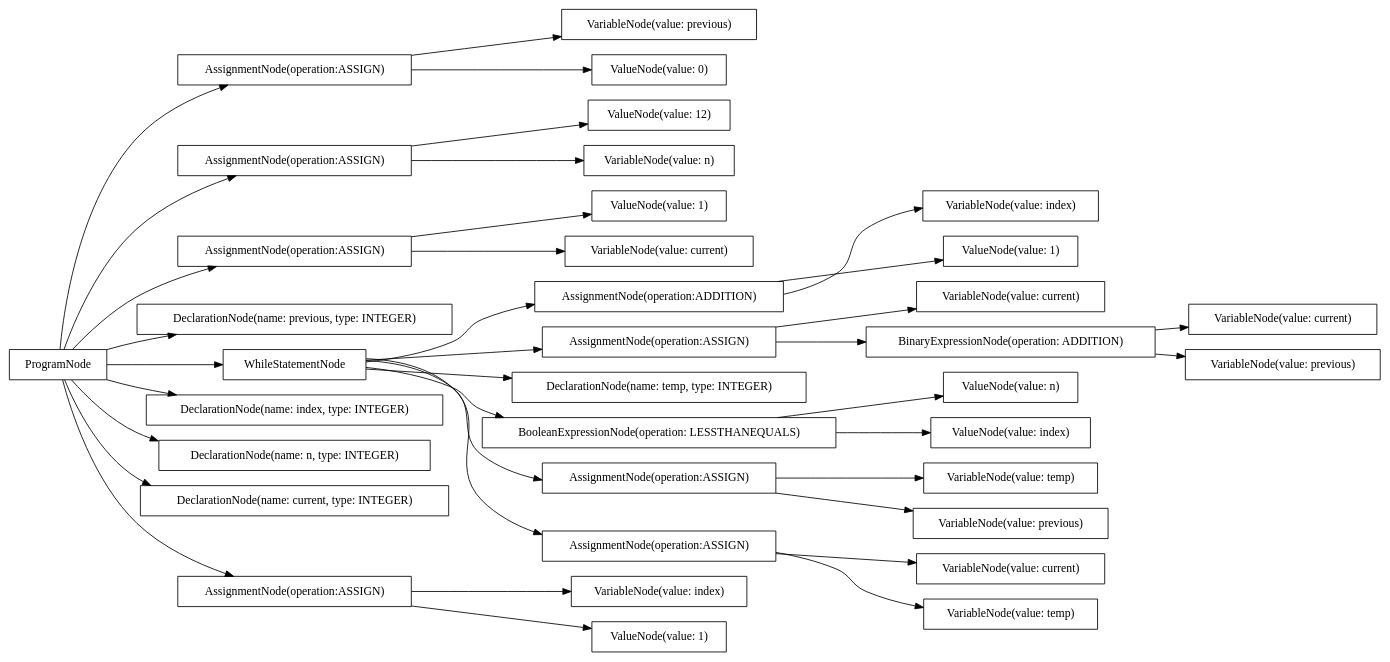
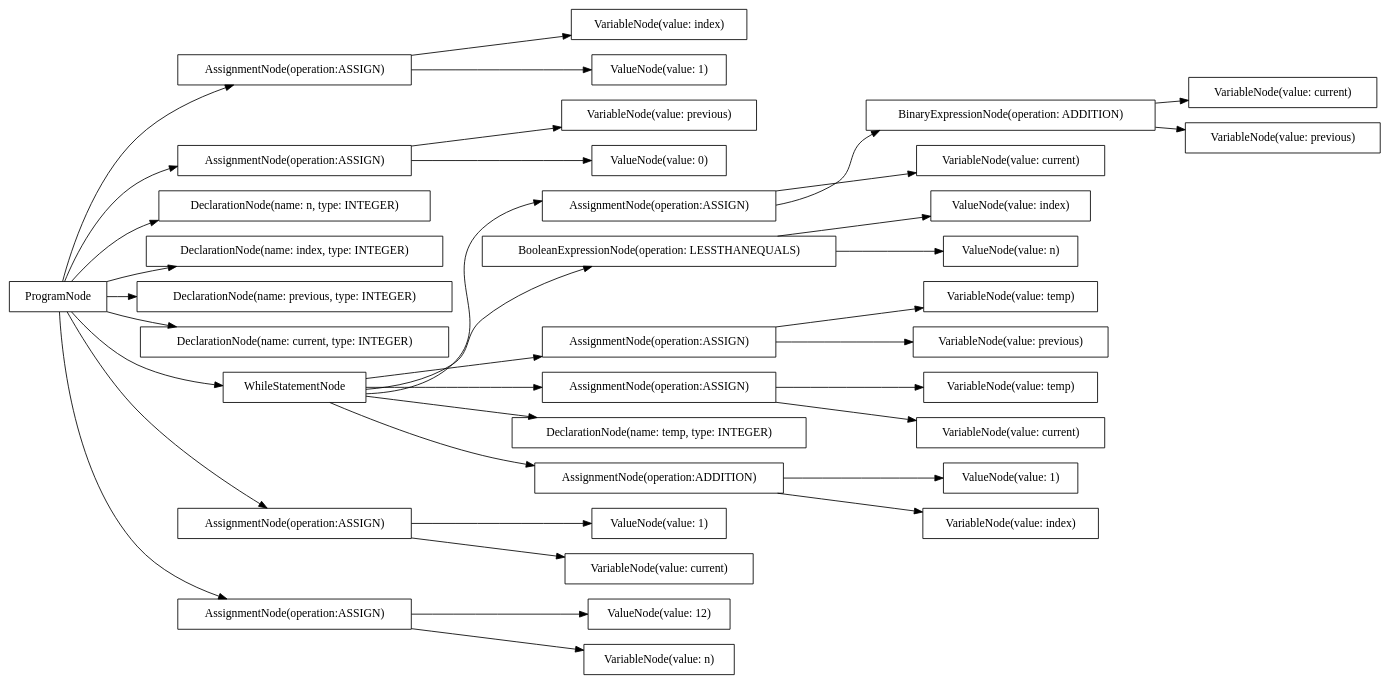
One commit to AtLeastITry/ANTLR-Python-Compiler changed the diagram in src/output/dot/fibonacci.dot. Above: the diagram before and after it, drawn with Graphviz. The commit also changed 8 other files, not shown here.

```diff
--- a/src/output/dot/fibonacci.dot
+++ b/src/output/dot/fibonacci.dot
@@ -1,74 +1,74 @@
 digraph G {
 rankdir=LR
-"7dfbcddd-16cb-4cfa-903f-55d43979b203" [label="VariableNode(value: previous)" shape="box"];
-"359c7981-6319-473c-9ead-aef8f6ef1644" [label="VariableNode(value: temp)" shape="box"];
-"7672ed64-2153-4352-9968-bea205f3d9a4" [label="AssignmentNode(operation:ASSIGN)" shape="box"];
-"00359bba-8438-441f-8409-813af7228e75" [label="ValueNode(value: 1)" shape="box"];
-"05642250-0f88-4624-9d39-76a19b033193" [label="ProgramNode" shape="box"];
-"932922ff-14ec-4f4d-9258-a8b91acda08b" [label="VariableNode(value: current)" shape="box"];
-"a11c48e8-87ef-4abb-a108-20c1d3f5a0cd" [label="AssignmentNode(operation:ASSIGN)" shape="box"];
-"d2adb590-d02f-4f6f-b4a4-8959df9dc50c" [label="VariableNode(value: current)" shape="box"];
-"bc29c00f-bdf1-4211-9431-d5556c9e3f2f" [label="AssignmentNode(operation:ASSIGN)" shape="box"];
-"f3ca3e54-20b7-4751-9565-49e71ba3d38a" [label="AssignmentNode(operation:ADDITION)" shape="box"];
-"42c4020c-f9f4-49b1-89d8-953d2876eeca" [label="ValueNode(value: 0)" shape="box"];
-"0e1d6a95-fa49-4f38-9fa4-760ce6bbfa3d" [label="VariableNode(value: current)" shape="box"];
-"55c0a246-d33e-4b6d-99bb-b15cc4a72b4d" [label="AssignmentNode(operation:ASSIGN)" shape="box"];
-"68cbda44-115a-4ad0-9394-009e7931e0e1" [label="VariableNode(value: previous)" shape="box"];
-"8bdd1479-88bc-46a7-9775-f74d61e26144" [label="ValueNode(value: 12)" shape="box"];
-"4e13bdef-8e23-4cfd-8260-4930e84db7dc" [label="DeclarationNode(name: temp, type: INTEGER)" shape="box"];
-"5588b967-cdb2-4a0e-843b-6df0919dff61" [label="VariableNode(value: temp)" shape="box"];
-"8e91b99f-f4a6-4238-a341-48f3cab1b175" [label="VariableNode(value: n)" shape="box"];
-"a2e3778d-88c6-4272-b1cf-d45e6667104a" [label="BooleanExpressionNode(operation: LESSTHANEQUALS)" shape="box"];
-"50face5e-b4d4-4499-98d7-b01976e710a6" [label="VariableNode(value: current)" shape="box"];
-"8f415d39-2a50-4771-b552-1a90f59827eb" [label="DeclarationNode(name: previous, type: INTEGER)" shape="box"];
-"42de253b-1fa7-4be7-82e4-c882e55ca2b5" [label="VariableNode(value: index)" shape="box"];
-"d465ccc0-41e7-44e9-bb42-25f3d4f7c487" [label="ValueNode(value: 1)" shape="box"];
-"9dafaff5-56f2-47cd-869a-71d76092f2d1" [label="VariableNode(value: index)" shape="box"];
-"63519c69-b303-4803-839e-0c3b9cac095a" [label="WhileStatementNode" shape="box"];
-"e9517cd2-2dee-48de-8876-a6da7b9798e4" [label="ValueNode(value: n)" shape="box"];
-"29371ea2-1d31-471e-9803-5ba41da4de94" [label="DeclarationNode(name: index, type: INTEGER)" shape="box"];
-"54c7ab00-826c-4275-8673-baecae6410ca" [label="ValueNode(value: 1)" shape="box"];
-"1c5d8586-dbd3-4b36-90cf-efa83aab3ac3" [label="DeclarationNode(name: n, type: INTEGER)" shape="box"];
-"f8681e66-9649-4025-ad70-6a013b27cd85" [label="AssignmentNode(operation:ASSIGN)" shape="box"];
-"883c406c-4672-44fe-9a7c-a5df1a90c55c" [label="BinaryExpressionNode(operation: ADDITION)" shape="box"];
-"e24f5a08-426d-4f86-adac-6a28cab389ae" [label="DeclarationNode(name: current, type: INTEGER)" shape="box"];
-"54be3eec-98c1-49bf-a542-b5b21b158fff" [label="AssignmentNode(operation:ASSIGN)" shape="box"];
-"eeaa6b7d-beea-445d-8cfd-9d85e2958e74" [label="ValueNode(value: index)" shape="box"];
-"b2a13a31-e8b9-4467-b42c-caed389bc66e" [label="AssignmentNode(operation:ASSIGN)" shape="box"];
-"78e77fa2-da31-4c89-a799-63b015cff9a4" [label="VariableNode(value: previous)" shape="box"];
-"05642250-0f88-4624-9d39-76a19b033193" -> "1c5d8586-dbd3-4b36-90cf-efa83aab3ac3";
-"05642250-0f88-4624-9d39-76a19b033193" -> "8f415d39-2a50-4771-b552-1a90f59827eb";
-"05642250-0f88-4624-9d39-76a19b033193" -> "e24f5a08-426d-4f86-adac-6a28cab389ae";
-"05642250-0f88-4624-9d39-76a19b033193" -> "29371ea2-1d31-471e-9803-5ba41da4de94";
-"05642250-0f88-4624-9d39-76a19b033193" -> "a11c48e8-87ef-4abb-a108-20c1d3f5a0cd";
-"a11c48e8-87ef-4abb-a108-20c1d3f5a0cd" -> "8e91b99f-f4a6-4238-a341-48f3cab1b175";
-"a11c48e8-87ef-4abb-a108-20c1d3f5a0cd" -> "8bdd1479-88bc-46a7-9775-f74d61e26144";
-"05642250-0f88-4624-9d39-76a19b033193" -> "7672ed64-2153-4352-9968-bea205f3d9a4";
-"7672ed64-2153-4352-9968-bea205f3d9a4" -> "7dfbcddd-16cb-4cfa-903f-55d43979b203";
-"7672ed64-2153-4352-9968-bea205f3d9a4" -> "42c4020c-f9f4-49b1-89d8-953d2876eeca";
-"05642250-0f88-4624-9d39-76a19b033193" -> "bc29c00f-bdf1-4211-9431-d5556c9e3f2f";
-"bc29c00f-bdf1-4211-9431-d5556c9e3f2f" -> "932922ff-14ec-4f4d-9258-a8b91acda08b";
-"bc29c00f-bdf1-4211-9431-d5556c9e3f2f" -> "00359bba-8438-441f-8409-813af7228e75";
-"05642250-0f88-4624-9d39-76a19b033193" -> "54be3eec-98c1-49bf-a542-b5b21b158fff";
-"54be3eec-98c1-49bf-a542-b5b21b158fff" -> "9dafaff5-56f2-47cd-869a-71d76092f2d1";
-"54be3eec-98c1-49bf-a542-b5b21b158fff" -> "54c7ab00-826c-4275-8673-baecae6410ca";
-"05642250-0f88-4624-9d39-76a19b033193" -> "63519c69-b303-4803-839e-0c3b9cac095a";
-"63519c69-b303-4803-839e-0c3b9cac095a" -> "a2e3778d-88c6-4272-b1cf-d45e6667104a";
-"a2e3778d-88c6-4272-b1cf-d45e6667104a" -> "eeaa6b7d-beea-445d-8cfd-9d85e2958e74";
-"a2e3778d-88c6-4272-b1cf-d45e6667104a" -> "e9517cd2-2dee-48de-8876-a6da7b9798e4";
-"63519c69-b303-4803-839e-0c3b9cac095a" -> "4e13bdef-8e23-4cfd-8260-4930e84db7dc";
-"63519c69-b303-4803-839e-0c3b9cac095a" -> "b2a13a31-e8b9-4467-b42c-caed389bc66e";
-"b2a13a31-e8b9-4467-b42c-caed389bc66e" -> "5588b967-cdb2-4a0e-843b-6df0919dff61";
-"b2a13a31-e8b9-4467-b42c-caed389bc66e" -> "0e1d6a95-fa49-4f38-9fa4-760ce6bbfa3d";
-"63519c69-b303-4803-839e-0c3b9cac095a" -> "55c0a246-d33e-4b6d-99bb-b15cc4a72b4d";
-"55c0a246-d33e-4b6d-99bb-b15cc4a72b4d" -> "50face5e-b4d4-4499-98d7-b01976e710a6";
-"55c0a246-d33e-4b6d-99bb-b15cc4a72b4d" -> "883c406c-4672-44fe-9a7c-a5df1a90c55c";
-"883c406c-4672-44fe-9a7c-a5df1a90c55c" -> "d2adb590-d02f-4f6f-b4a4-8959df9dc50c";
-"883c406c-4672-44fe-9a7c-a5df1a90c55c" -> "78e77fa2-da31-4c89-a799-63b015cff9a4";
-"63519c69-b303-4803-839e-0c3b9cac095a" -> "f8681e66-9649-4025-ad70-6a013b27cd85";
-"f8681e66-9649-4025-ad70-6a013b27cd85" -> "68cbda44-115a-4ad0-9394-009e7931e0e1";
-"f8681e66-9649-4025-ad70-6a013b27cd85" -> "359c7981-6319-473c-9ead-aef8f6ef1644";
-"63519c69-b303-4803-839e-0c3b9cac095a" -> "f3ca3e54-20b7-4751-9565-49e71ba3d38a";
-"f3ca3e54-20b7-4751-9565-49e71ba3d38a" -> "42de253b-1fa7-4be7-82e4-c882e55ca2b5";
-"f3ca3e54-20b7-4751-9565-49e71ba3d38a" -> "d465ccc0-41e7-44e9-bb42-25f3d4f7c487";
+"ed0bdabf-4a3b-40b1-9f46-9cdf4b4b71ea" [label="AssignmentNode(operation:ASSIGN)" shape="box"];
+"9a68f8ac-e03d-4023-858a-9a0608e27933" [label="AssignmentNode(operation:ASSIGN)" shape="box"];
+"eba9c87e-1795-4ef1-a3d2-5f6e4996bc90" [label="ValueNode(value: 12)" shape="box"];
+"b18f68dd-15c7-4686-9b27-762e67d3f0c4" [label="AssignmentNode(operation:ASSIGN)" shape="box"];
+"4fd3a96b-9a9a-43fc-afd0-6d6b898d4ca5" [label="BinaryExpressionNode(operation: ADDITION)" shape="box"];
+"2489ea5e-d49f-4e9a-885e-cbebd649ee23" [label="VariableNode(value: temp)" shape="box"];
+"5fa3d0e2-6030-4573-9255-f22fba417f36" [label="VariableNode(value: n)" shape="box"];
+"b358237d-c3a6-4688-81a8-626b86ef54f6" [label="DeclarationNode(name: n, type: INTEGER)" shape="box"];
+"a1b0c1db-4e80-4afc-a9cb-6155258b6593" [label="VariableNode(value: current)" shape="box"];
+"cd1db488-d8ed-47ff-aed8-3db11c5b2926" [label="DeclarationNode(name: index, type: INTEGER)" shape="box"];
+"9465580c-4cf6-4d3f-880d-14ec63ab0a7f" [label="BooleanExpressionNode(operation: LESSTHANEQUALS)" shape="box"];
+"e0597e5c-1879-4d3a-ac5a-04736df1a24b" [label="ValueNode(value: 1)" shape="box"];
+"e72258a1-2b71-4f8f-b511-b2bcf605f682" [label="AssignmentNode(operation:ASSIGN)" shape="box"];
+"b4026ae5-aa3a-46fe-9616-b5ff51002917" [label="DeclarationNode(name: previous, type: INTEGER)" shape="box"];
+"3f95283b-fc9d-42c3-9a5a-3dddc47f2f95" [label="AssignmentNode(operation:ASSIGN)" shape="box"];
+"6c5ab97f-df6c-41ad-b6b9-dff59c9002e7" [label="VariableNode(value: temp)" shape="box"];
+"5025729e-2ea3-4cb2-8a60-2dfb41d804c9" [label="DeclarationNode(name: current, type: INTEGER)" shape="box"];
+"28a4cae4-7cd4-4b31-828e-4d6b26b5f415" [label="ValueNode(value: 1)" shape="box"];
+"b88d76c0-ee75-49c6-a161-18e3f23f3a61" [label="VariableNode(value: previous)" shape="box"];
+"8c5c30c4-4076-4289-a5f3-b32f5278bd20" [label="ProgramNode" shape="box"];
+"89e0d1a2-8975-413e-a38b-721eeb7dce07" [label="VariableNode(value: index)" shape="box"];
+"3b866185-36f2-4b19-a684-188fdd760173" [label="ValueNode(value: index)" shape="box"];
+"ed5551bb-e0d2-4228-8a20-df4bf61a560d" [label="WhileStatementNode" shape="box"];
+"0b3ebfcb-d4d4-4b56-bb3a-87a018c4f083" [label="VariableNode(value: previous)" shape="box"];
+"854ffa00-ed86-4d34-b6ba-e6bd2a8d159d" [label="ValueNode(value: n)" shape="box"];
+"016b694e-098a-4497-a181-a8a887be4843" [label="VariableNode(value: previous)" shape="box"];
+"8831fcab-7e59-4f2f-bd93-59850bb31324" [label="ValueNode(value: 0)" shape="box"];
+"4db3532d-1d75-4b06-af4b-afd36acd2cd6" [label="DeclarationNode(name: temp, type: INTEGER)" shape="box"];
+"c416c50a-b6af-4cd8-85eb-1825d53286e5" [label="ValueNode(value: 1)" shape="box"];
+"49c86fc1-243b-46ee-ac61-aa99fd5cc54b" [label="VariableNode(value: current)" shape="box"];
+"c457b9d8-e1d2-4ba8-8468-ea7c5fc7b0d3" [label="AssignmentNode(operation:ASSIGN)" shape="box"];
+"4177b497-d2ae-4280-9c33-5daf204b8f2f" [label="AssignmentNode(operation:ASSIGN)" shape="box"];
+"907cab94-48a4-452a-9d57-663899d46465" [label="VariableNode(value: current)" shape="box"];
+"81c052b6-d936-4cd0-93b1-bd1439b3e13f" [label="VariableNode(value: index)" shape="box"];
+"1121e428-96d1-4da6-a18d-05161346b3d9" [label="AssignmentNode(operation:ADDITION)" shape="box"];
+"b6729a29-e2bd-46bd-953b-7b149fc313ca" [label="VariableNode(value: current)" shape="box"];
+"8c5c30c4-4076-4289-a5f3-b32f5278bd20" -> "b358237d-c3a6-4688-81a8-626b86ef54f6";
+"8c5c30c4-4076-4289-a5f3-b32f5278bd20" -> "b4026ae5-aa3a-46fe-9616-b5ff51002917";
+"8c5c30c4-4076-4289-a5f3-b32f5278bd20" -> "5025729e-2ea3-4cb2-8a60-2dfb41d804c9";
+"8c5c30c4-4076-4289-a5f3-b32f5278bd20" -> "cd1db488-d8ed-47ff-aed8-3db11c5b2926";
+"8c5c30c4-4076-4289-a5f3-b32f5278bd20" -> "4177b497-d2ae-4280-9c33-5daf204b8f2f";
+"4177b497-d2ae-4280-9c33-5daf204b8f2f" -> "5fa3d0e2-6030-4573-9255-f22fba417f36";
+"4177b497-d2ae-4280-9c33-5daf204b8f2f" -> "eba9c87e-1795-4ef1-a3d2-5f6e4996bc90";
+"8c5c30c4-4076-4289-a5f3-b32f5278bd20" -> "b18f68dd-15c7-4686-9b27-762e67d3f0c4";
+"b18f68dd-15c7-4686-9b27-762e67d3f0c4" -> "0b3ebfcb-d4d4-4b56-bb3a-87a018c4f083";
+"b18f68dd-15c7-4686-9b27-762e67d3f0c4" -> "8831fcab-7e59-4f2f-bd93-59850bb31324";
+"8c5c30c4-4076-4289-a5f3-b32f5278bd20" -> "c457b9d8-e1d2-4ba8-8468-ea7c5fc7b0d3";
+"c457b9d8-e1d2-4ba8-8468-ea7c5fc7b0d3" -> "b6729a29-e2bd-46bd-953b-7b149fc313ca";
+"c457b9d8-e1d2-4ba8-8468-ea7c5fc7b0d3" -> "28a4cae4-7cd4-4b31-828e-4d6b26b5f415";
+"8c5c30c4-4076-4289-a5f3-b32f5278bd20" -> "9a68f8ac-e03d-4023-858a-9a0608e27933";
+"9a68f8ac-e03d-4023-858a-9a0608e27933" -> "89e0d1a2-8975-413e-a38b-721eeb7dce07";
+"9a68f8ac-e03d-4023-858a-9a0608e27933" -> "c416c50a-b6af-4cd8-85eb-1825d53286e5";
+"8c5c30c4-4076-4289-a5f3-b32f5278bd20" -> "ed5551bb-e0d2-4228-8a20-df4bf61a560d";
+"ed5551bb-e0d2-4228-8a20-df4bf61a560d" -> "9465580c-4cf6-4d3f-880d-14ec63ab0a7f";
+"9465580c-4cf6-4d3f-880d-14ec63ab0a7f" -> "3b866185-36f2-4b19-a684-188fdd760173";
+"9465580c-4cf6-4d3f-880d-14ec63ab0a7f" -> "854ffa00-ed86-4d34-b6ba-e6bd2a8d159d";
+"ed5551bb-e0d2-4228-8a20-df4bf61a560d" -> "4db3532d-1d75-4b06-af4b-afd36acd2cd6";
+"ed5551bb-e0d2-4228-8a20-df4bf61a560d" -> "3f95283b-fc9d-42c3-9a5a-3dddc47f2f95";
+"3f95283b-fc9d-42c3-9a5a-3dddc47f2f95" -> "6c5ab97f-df6c-41ad-b6b9-dff59c9002e7";
+"3f95283b-fc9d-42c3-9a5a-3dddc47f2f95" -> "49c86fc1-243b-46ee-ac61-aa99fd5cc54b";
+"ed5551bb-e0d2-4228-8a20-df4bf61a560d" -> "ed0bdabf-4a3b-40b1-9f46-9cdf4b4b71ea";
+"ed0bdabf-4a3b-40b1-9f46-9cdf4b4b71ea" -> "907cab94-48a4-452a-9d57-663899d46465";
+"ed0bdabf-4a3b-40b1-9f46-9cdf4b4b71ea" -> "4fd3a96b-9a9a-43fc-afd0-6d6b898d4ca5";
+"4fd3a96b-9a9a-43fc-afd0-6d6b898d4ca5" -> "a1b0c1db-4e80-4afc-a9cb-6155258b6593";
+"4fd3a96b-9a9a-43fc-afd0-6d6b898d4ca5" -> "b88d76c0-ee75-49c6-a161-18e3f23f3a61";
+"ed5551bb-e0d2-4228-8a20-df4bf61a560d" -> "e72258a1-2b71-4f8f-b511-b2bcf605f682";
+"e72258a1-2b71-4f8f-b511-b2bcf605f682" -> "016b694e-098a-4497-a181-a8a887be4843";
+"e72258a1-2b71-4f8f-b511-b2bcf605f682" -> "2489ea5e-d49f-4e9a-885e-cbebd649ee23";
+"ed5551bb-e0d2-4228-8a20-df4bf61a560d" -> "1121e428-96d1-4da6-a18d-05161346b3d9";
+"1121e428-96d1-4da6-a18d-05161346b3d9" -> "81c052b6-d936-4cd0-93b1-bd1439b3e13f";
+"1121e428-96d1-4da6-a18d-05161346b3d9" -> "e0597e5c-1879-4d3a-ac5a-04736df1a24b";
 }
```
